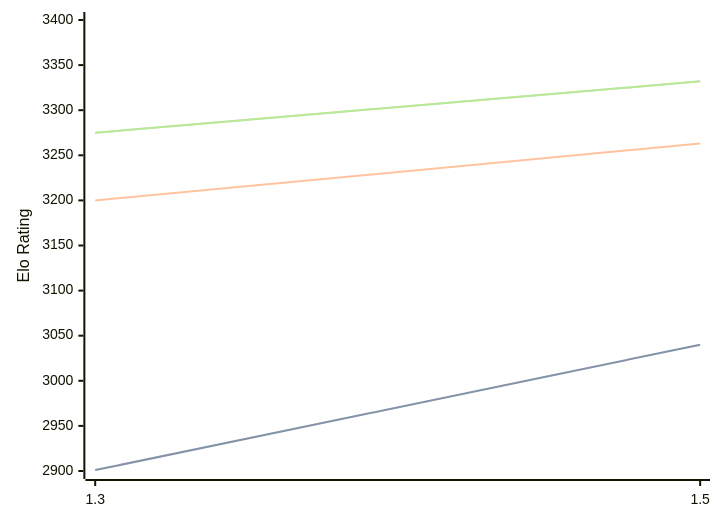
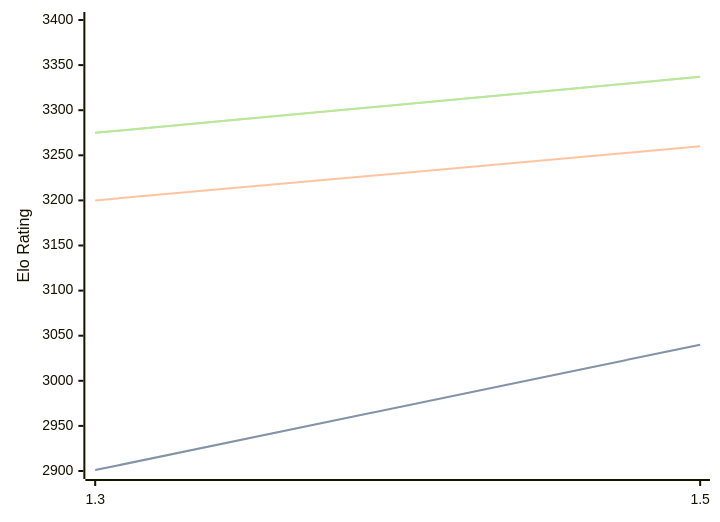
The first of 3 diagrams in engines/Lambergar.md (computer-chess-index/cci), drawn with Mermaid before and after one commit. The commit also changed other lines of this file, not shown here.

Commit message:
Update CCI Ratings (ELO VLTC) - 2026-07-11

````diff
--- a/engines/Lambergar.md
+++ b/engines/Lambergar.md
@@ -44,11 +44,11 @@
 ```mermaid
 %%{init: {"theme":"base","themeVariables":{"seriesColors:['#a3a3a3','#222221','#faa371']}}}%%
 xychart-beta
   x-axis ["1.3", "1.5"]
   y-axis "Elo Rating" 2900 --> 3400
   line "STC (8.0+0.08s)" [2901, 3040]
   line "STC (8.0+0.08s)" [2901, 3040]
-  line "LTC (60.0+0.60s)" [3200, 3263]
-  line "VLTC (2m24s+1.12s)" [3275, 3332]
-  line "VLTC (2m24s+1.12s)" [3275, 3332]
+  line "LTC (60.0+0.60s)" [3200, 3260]
+  line "VLTC (2m24s+1.12s)" [3275, 3337]
+  line "VLTC (2m24s+1.12s)" [3275, 3337]
 ```
````
